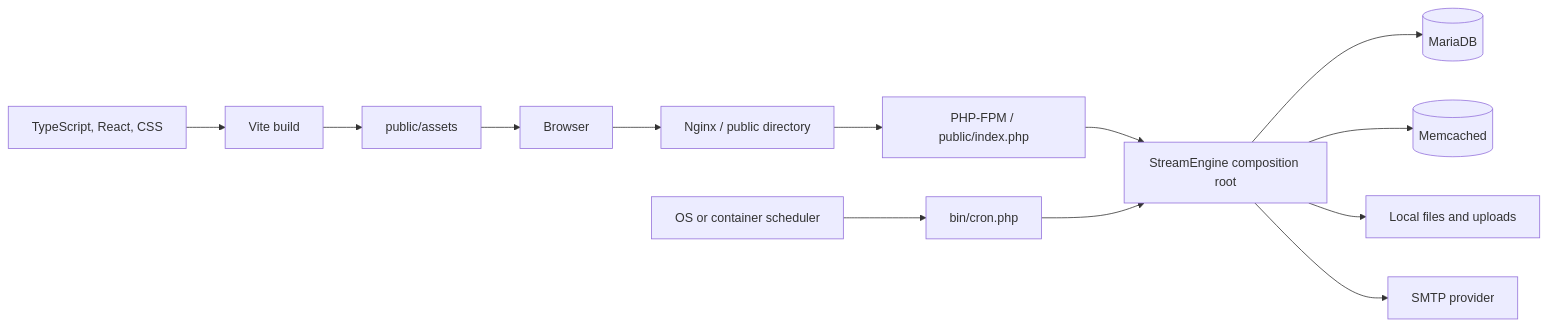
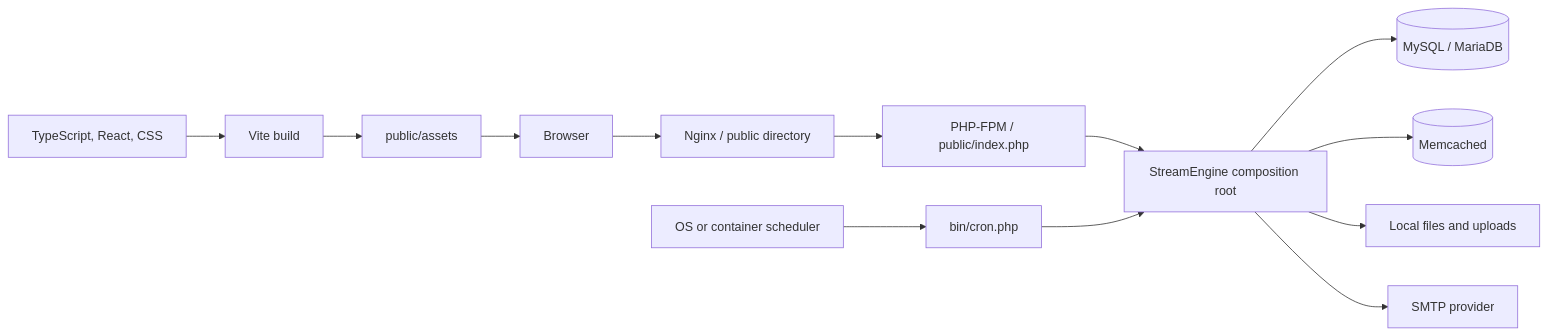
Before and after one commit to bfhp/stream-engine: the first of 2 diagrams in docs/wiki/Developer-Architecture.md, drawn with Mermaid. The commit also changed other lines of this file and 44 other files, not shown here.

````diff
--- a/docs/wiki/Developer-Architecture.md
+++ b/docs/wiki/Developer-Architecture.md
@@ -16,15 +16,15 @@
 ```mermaid
 flowchart LR
     Browser[Browser] --> Nginx[Nginx / public directory]
     Nginx --> PHP[PHP-FPM / public/index.php]
     PHP --> Engine[StreamEngine composition root]
-    Engine --> MariaDB[(MariaDB)]
+    Engine --> Database[(MySQL / MariaDB)]
     Engine --> Memcached[(Memcached)]
     Engine --> Files[Local files and uploads]
     Engine --> SMTP[SMTP provider]
     Scheduler[OS or container scheduler] --> Cron[bin/cron.php]
     Cron --> Engine
     Sources[TypeScript, React, CSS] --> Vite[Vite build]
     Vite --> Assets[public/assets]
     Assets --> Browser
 ```
````
